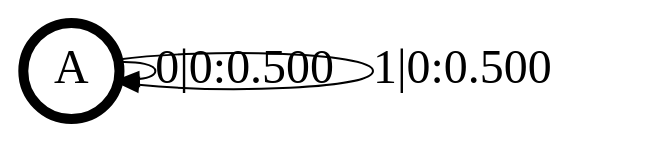
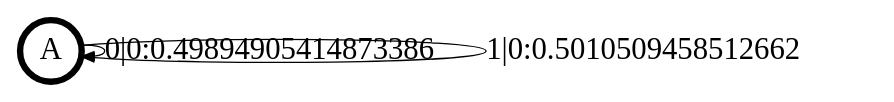
One commit to ddarmon/transCSSR changed the diagram in transCSSR_results/+coinflip.dot. Above: the diagram before and after it, drawn with Graphviz. The commit also changed 15 other files, not shown here.

```diff
--- a/transCSSR_results/+coinflip.dot
+++ b/transCSSR_results/+coinflip.dot
@@ -1,14 +1,14 @@
 digraph  {
 size = "6,8.5";
 ratio = "fill";
 node
 [shape = circle];
 node [fontsize = 24];
 node [penwidth = 5];
 edge [fontsize = 24];
 node [fontname = "CMU Serif Roman"];
 graph [fontname = "CMU Serif Roman"];
 edge [fontname = "CMU Serif Roman"];
-A -> A [label = "0|0:0.500\l"];
-A -> A [label = "1|0:0.500\l"];
+A -> A [label = "0|0:0.49894905414873386\l"];
+A -> A [label = "1|0:0.5010509458512662\l"];
 }
```
